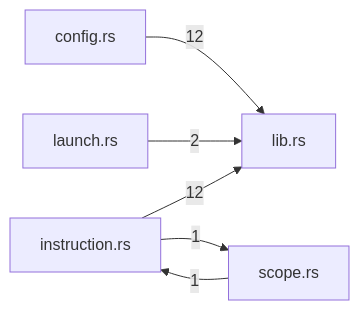
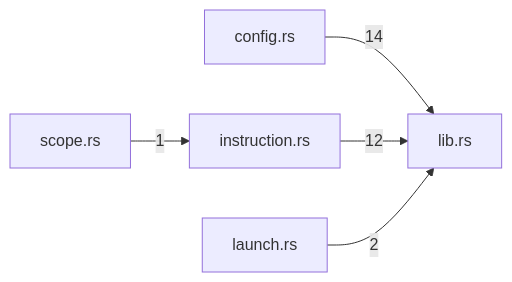
The diagram in crates/profile/docs/generated/index.md (TekesApps/TekesKernel), drawn with Mermaid before and after one commit. The commit also changed other lines of this file and 79 other files, not shown here.

````diff
--- a/crates/profile/docs/generated/index.md
+++ b/crates/profile/docs/generated/index.md
@@ -45,13 +47,12 @@
 ```mermaid
 flowchart LR
   m0["config.rs"]
   m1["instruction.rs"]
   m2["launch.rs"]
   m3["lib.rs"]
   m4["scope.rs"]
-  m0 -->|"12"| m3
+  m0 -->|"14"| m3
   m1 -->|"12"| m3
-  m1 -->|"1"| m4
   m2 -->|"2"| m3
   m4 -->|"1"| m1
 ```
````
